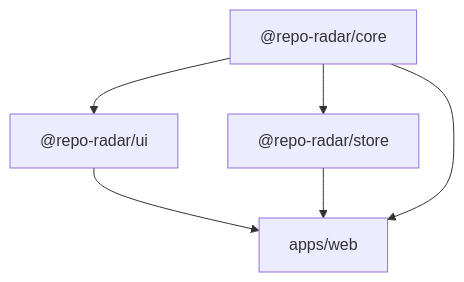
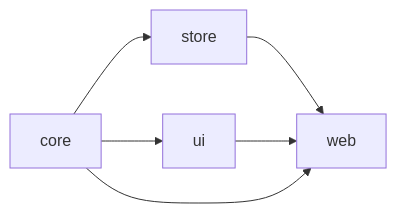
One commit to hisham415/Repo-Radar changed the diagram in README.md. Above: the diagram before and after it, drawn with Mermaid. The commit also changed other lines of this file, not shown here.

````diff
--- a/README.md
+++ b/README.md
@@ -85,12 +46,6 @@
 ```mermaid
-graph TD
-  core["@repo-radar/core"]
-  ui["@repo-radar/ui"]
-  store["@repo-radar/store"]
-  web["apps/web"]
-  core --> ui
-  core --> store
-  ui --> web
-  store --> web
+graph LR
+  core --> store --> web
+  core --> ui --> web
   core --> web
 ```
````
